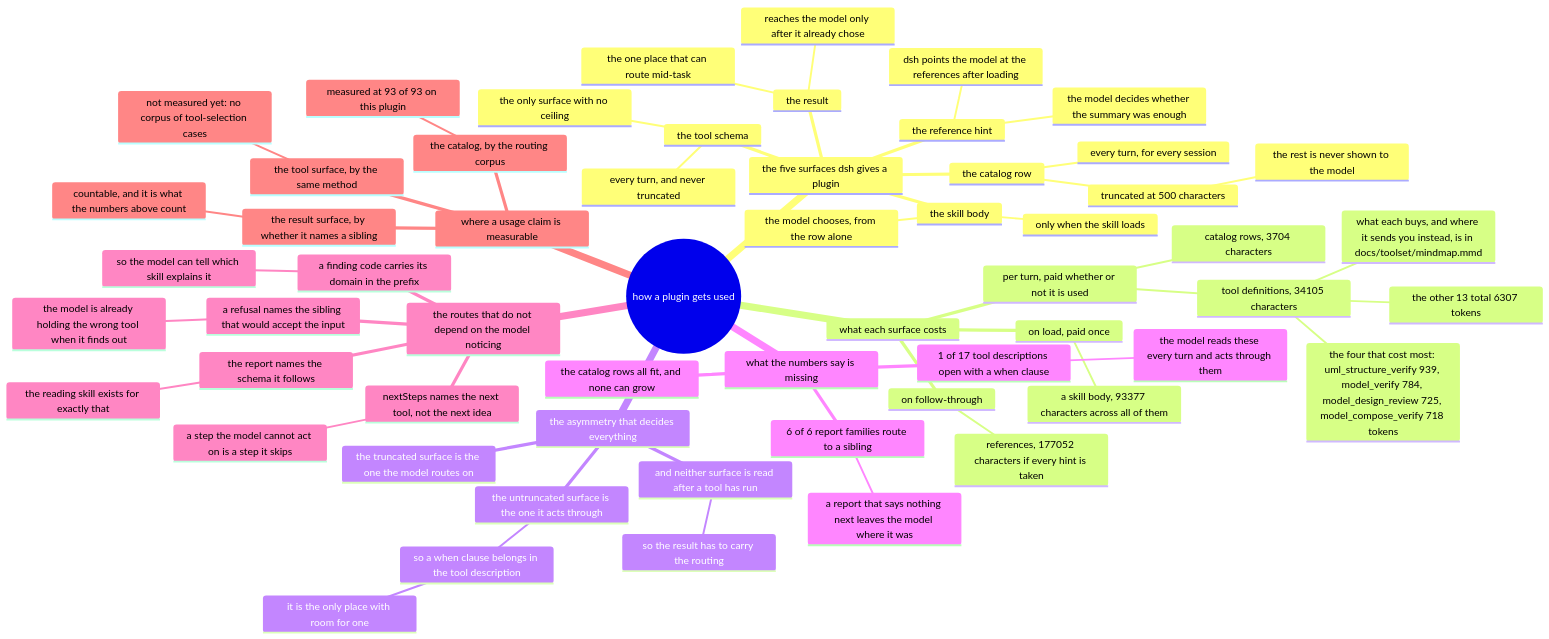
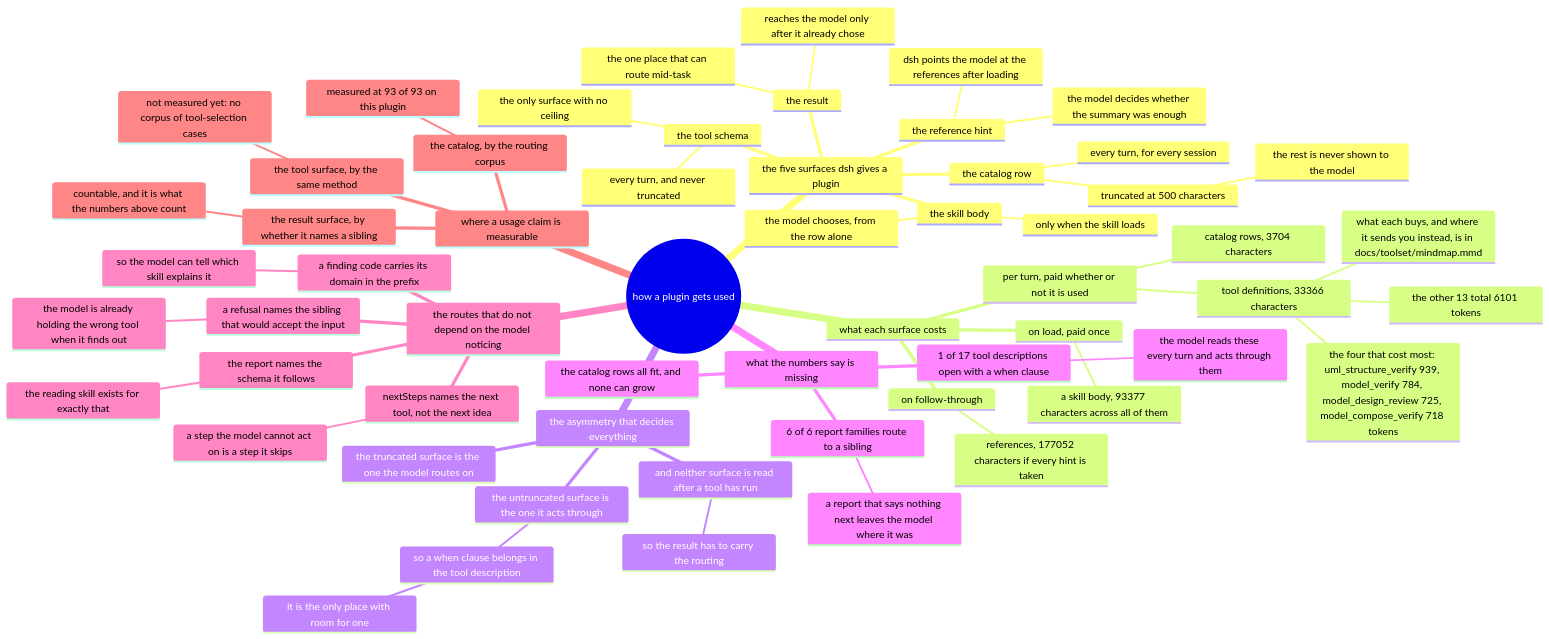
Before and after one commit to AmethystLuna/dsh-model-everything: the diagram in docs/usage/mindmap.mmd, drawn with Mermaid. The commit also changed 11 other files, not shown here.

Commit message:
fix(uml): a parse offers the one intent it serves, and the enum is the capability table

```diff
--- a/docs/usage/mindmap.mmd
+++ b/docs/usage/mindmap.mmd
@@ -1,59 +1,59 @@
 mindmap
 root((how a plugin gets used))
   the five surfaces dsh gives a plugin
     the catalog row
       every turn, for every session
       truncated at 500 characters
         the rest is never shown to the model
     the skill body
       only when the skill loads
       the model chooses, from the row alone
     the reference hint
       dsh points the model at the references after loading
       the model decides whether the summary was enough
     the tool schema
       every turn, and never truncated
       the only surface with no ceiling
     the result
       reaches the model only after it already chose
       the one place that can route mid-task
   what each surface costs
     per turn, paid whether or not it is used
       catalog rows, 3704 characters
-      tool definitions, 34105 characters
+      tool definitions, 33366 characters
         the four that cost most: uml_structure_verify 939, model_verify 784, model_design_review 725, model_compose_verify 718 tokens
-        the other 13 total 6307 tokens
+        the other 13 total 6101 tokens
         what each buys, and where it sends you instead, is in docs/toolset/mindmap.mmd
     on load, paid once
       a skill body, 93377 characters across all of them
     on follow-through
       references, 177052 characters if every hint is taken
   the asymmetry that decides everything
     the truncated surface is the one the model routes on
     the untruncated surface is the one it acts through
       so a when clause belongs in the tool description
         it is the only place with room for one
     and neither surface is read after a tool has run
       so the result has to carry the routing
   what the numbers say is missing
     1 of 17 tool descriptions open with a when clause
       the model reads these every turn and acts through them
     6 of 6 report families route to a sibling
       a report that says nothing next leaves the model where it was
     the catalog rows all fit, and none can grow
   the routes that do not depend on the model noticing
     a refusal names the sibling that would accept the input
       the model is already holding the wrong tool when it finds out
     nextSteps names the next tool, not the next idea
       a step the model cannot act on is a step it skips
     a finding code carries its domain in the prefix
       so the model can tell which skill explains it
     the report names the schema it follows
       the reading skill exists for exactly that
   where a usage claim is measurable
     the catalog, by the routing corpus
       measured at 93 of 93 on this plugin
     the tool surface, by the same method
       not measured yet: no corpus of tool-selection cases
     the result surface, by whether it names a sibling
       countable, and it is what the numbers above count
```
